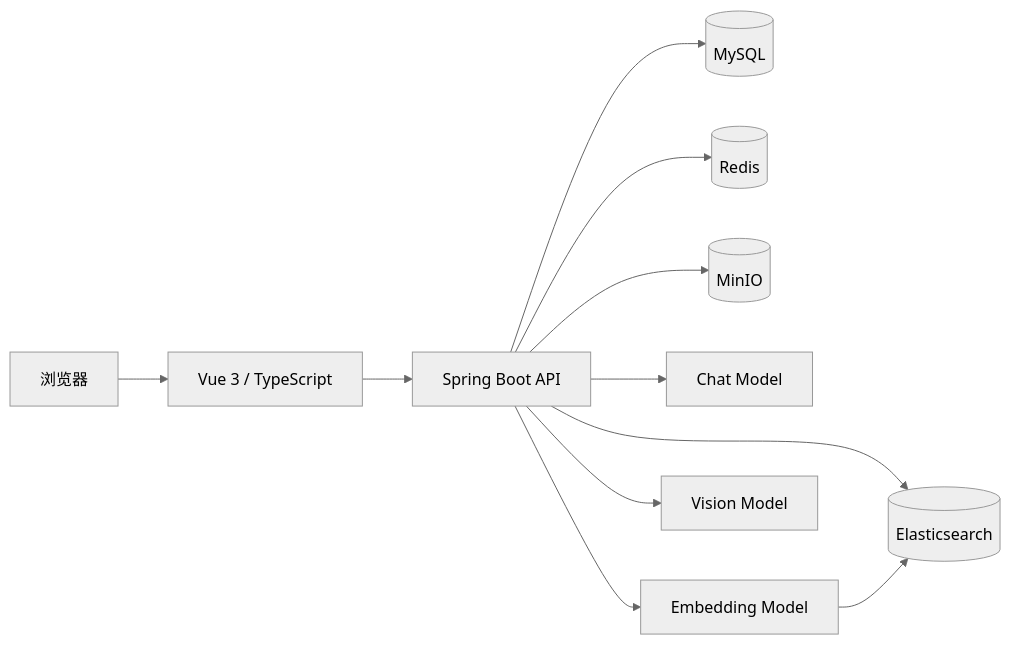
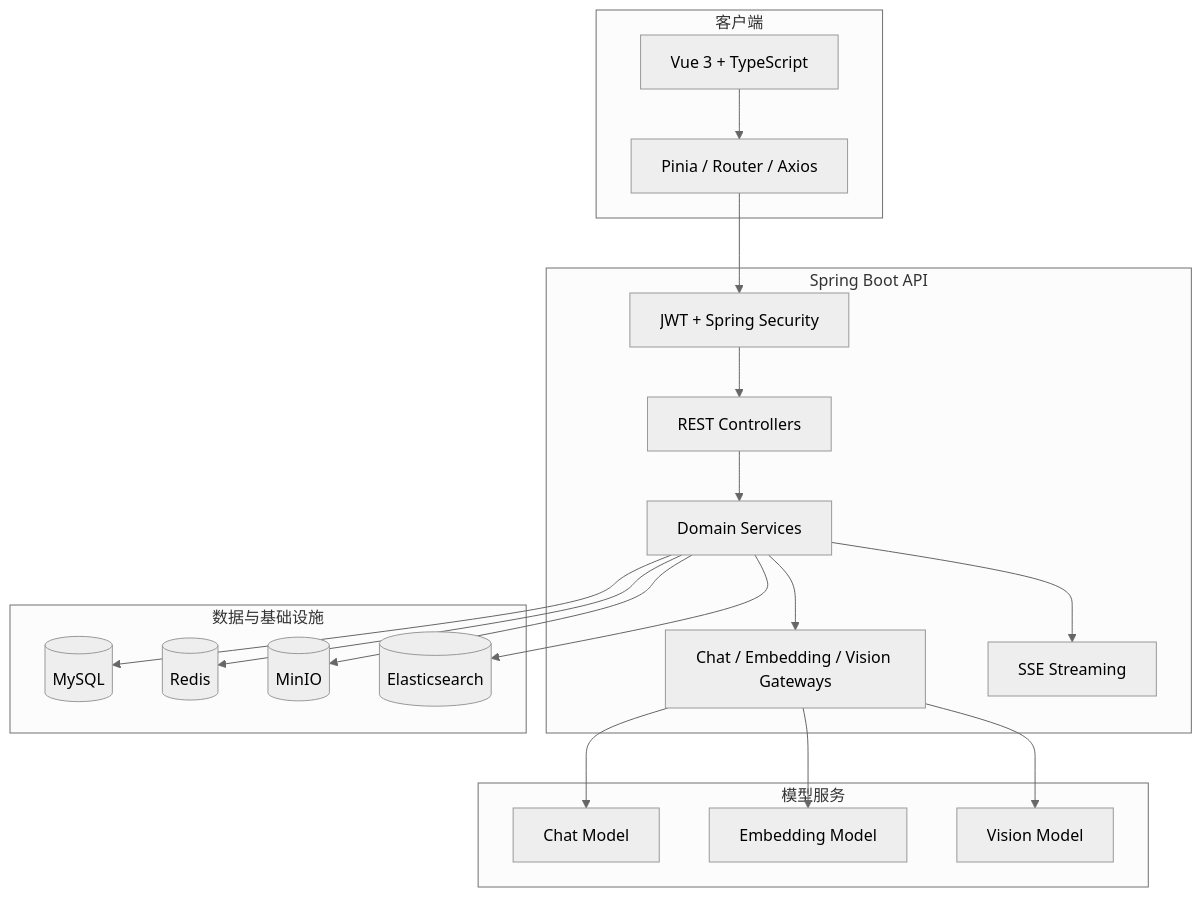
Before and after one commit to jeremylin717/career-orbit: the third of 3 diagrams in README.md, drawn with Mermaid (neutral theme). The commit also changed other lines of this file, not shown here.

````diff
--- a/README.md
+++ b/README.md
@@ -35,13 +244,40 @@
 ```mermaid
-flowchart LR
-    User[浏览器] --> Vue[Vue 3 / TypeScript]
-    Vue --> API[Spring Boot API]
-    API --> MySQL[(MySQL)]
-    API --> Redis[(Redis)]
-    API --> MinIO[(MinIO)]
-    API --> ES[(Elasticsearch)]
-    API --> Chat[Chat Model]
-    API --> Embed[Embedding Model]
-    API --> Vision[Vision Model]
-    Embed --> ES
+flowchart TB
+    subgraph Client[客户端]
+        Vue[Vue 3 + TypeScript]
+        Pinia[Pinia / Router / Axios]
+    end
+
+    subgraph Backend[Spring Boot API]
+        Security[JWT + Spring Security]
+        Controllers[REST Controllers]
+        Services[Domain Services]
+        Gateways[Chat / Embedding / Vision Gateways]
+        SSE[SSE Streaming]
+    end
+
+    subgraph Data[数据与基础设施]
+        MySQL[(MySQL)]
+        Redis[(Redis)]
+        MinIO[(MinIO)]
+        ES[(Elasticsearch)]
+    end
+
+    subgraph Models[模型服务]
+        Chat[Chat Model]
+        Embedding[Embedding Model]
+        Vision[Vision Model]
+    end
+
+    Vue --> Pinia --> Security
+    Security --> Controllers --> Services
+    Services --> MySQL
+    Services --> Redis
+    Services --> MinIO
+    Services --> ES
+    Services --> Gateways
+    Services --> SSE
+    Gateways --> Chat
+    Gateways --> Embedding
+    Gateways --> Vision
 ```
````
